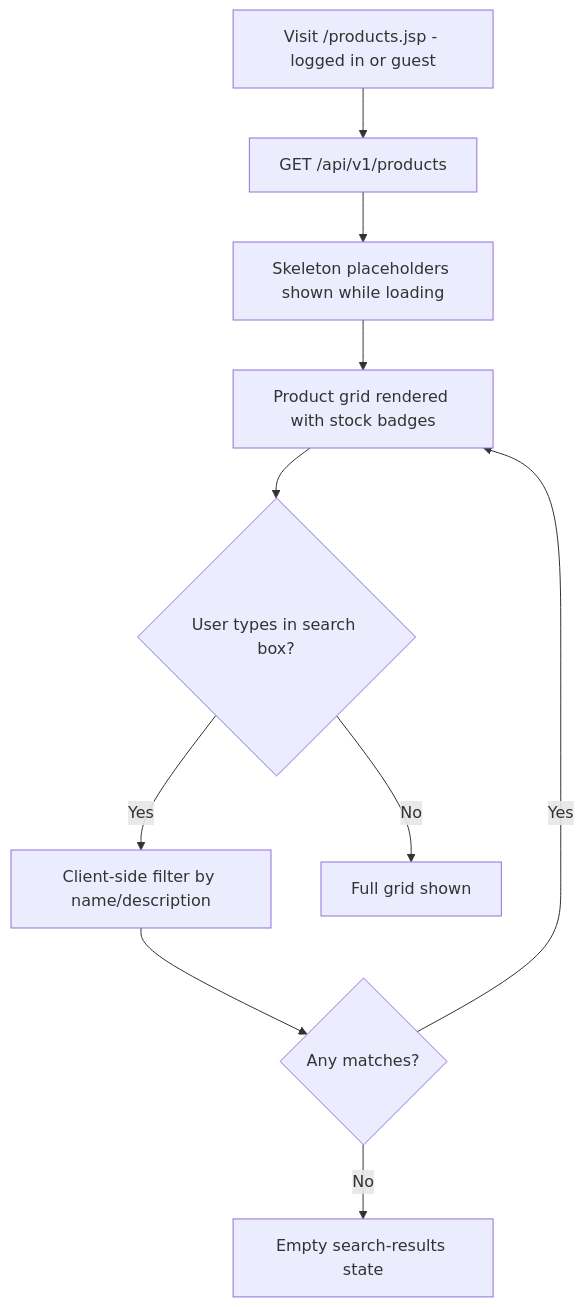
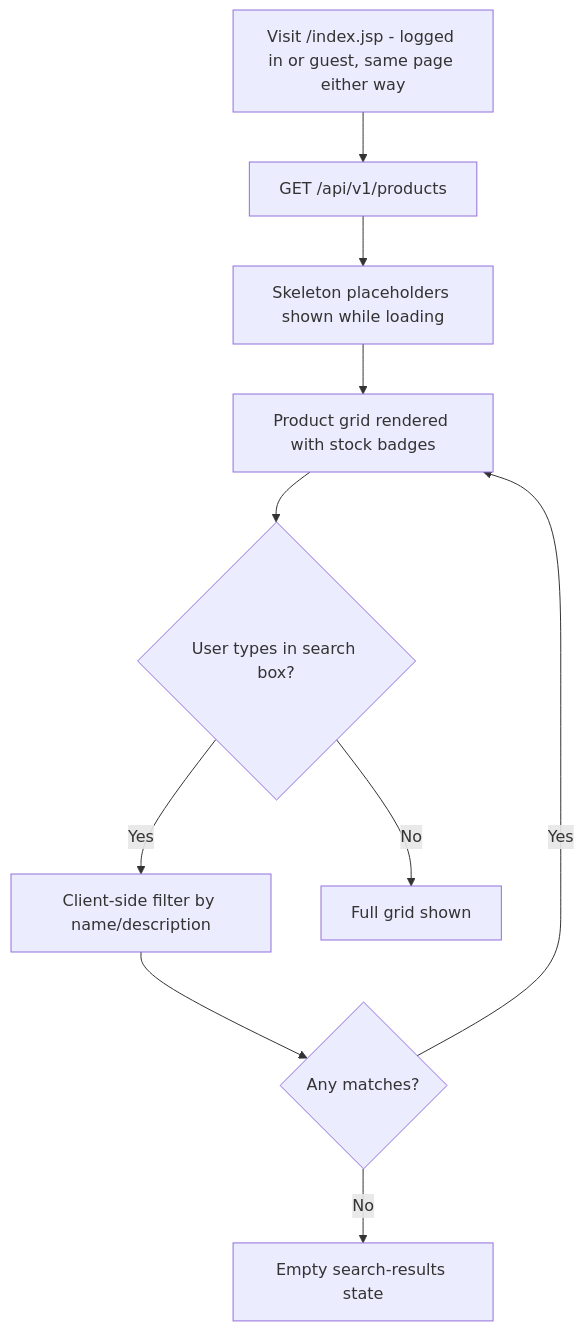
Before and after one commit to wishva-kalhara/GlobalTradeLogistics: the third of 24 diagrams in .no-build/docs/E2E_FLOWS.md, drawn with Mermaid. The commit also changed other lines of this file and 5 other files, not shown here.

Commit message:
Add End-to-End Flow Diagrams and Test Plan Documentation

````diff
--- a/.no-build/docs/E2E_FLOWS.md
+++ b/.no-build/docs/E2E_FLOWS.md
@@ -45,12 +45,12 @@
 ```mermaid
 flowchart TD
-    A[Visit /products.jsp - logged in or guest] --> B[GET /api/v1/products]
+    A["Visit /index.jsp - logged in or guest, same page either way"] --> B[GET /api/v1/products]
     B --> C[Skeleton placeholders shown while loading]
     C --> D[Product grid rendered with stock badges]
     D --> E{User types in search box?}
     E -- Yes --> F[Client-side filter by name/description]
     E -- No --> G[Full grid shown]
     F --> H{Any matches?}
     H -- No --> I[Empty search-results state]
     H -- Yes --> D
 ```
````
